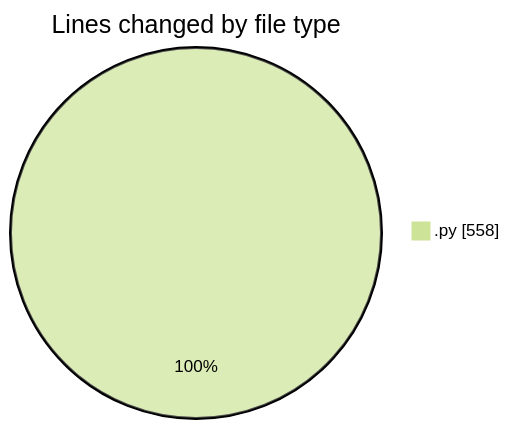
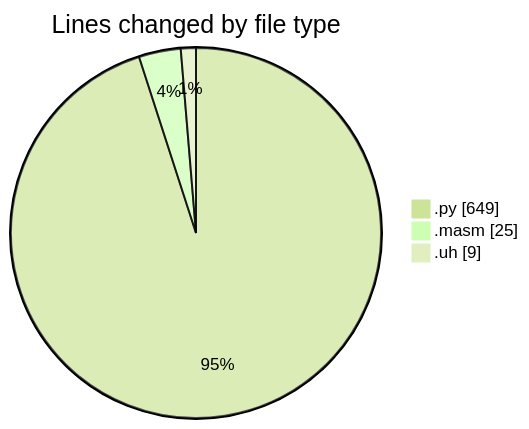
Before and after one commit to charlie-sans/code-tracking: the first of 2 diagrams in 2025-05-01/uhigh-lang/README.md, drawn with Mermaid (forest theme). The commit also changed other lines of this file and 1 other file, not shown here.

````diff
--- a/2025-05-01/uhigh-lang/README.md
+++ b/2025-05-01/uhigh-lang/README.md
@@ -20,5 +22,7 @@
 ```mermaid
 pie showData
 title Lines changed by file type
-".py" : 558
+".py" : 649
+".masm" : 25
+".uh" : 9
 ```
````
